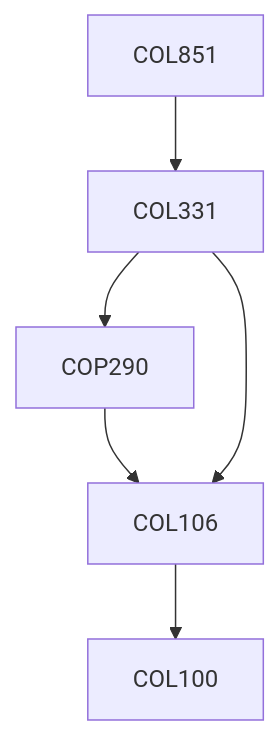
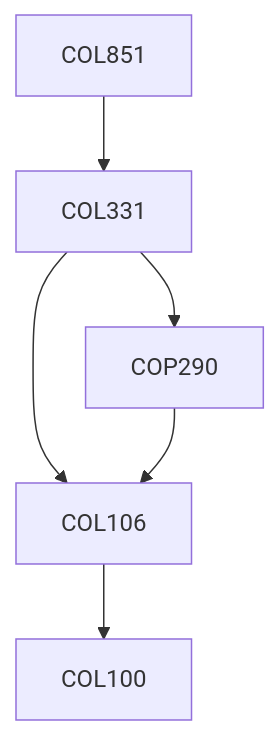
Before and after one commit to KeshavBansal0122/CoS_Website: the diagram in content/Computer Science and Engineering/COL851.md, drawn with Mermaid. The commit also changed other lines of this file and 392 other files, not shown here.

````diff
--- a/content/Computer Science and Engineering/COL851.md
+++ b/content/Computer Science and Engineering/COL851.md
@@ -13,12 +13,12 @@
 ```mermaid
 flowchart TD
 COL851-240[COL851]
+COL851-240 --> COL331-240[COL331]
+COL331-240 --> COP290-240[COP290]
+COL331-240 --> COL106-240[COL106]
 COL106-240 --> COL100-240[COL100]
-COL331-240 --> COP290-240[COP290]
-COL851-240 --> COL331-240[COL331]
 COP290-240 --> COL106-240[COL106]
-COL331-240 --> COL106-240[COL106]
 
 classDef empty height:17px, fill:transparent, stroke:transparent;
 classDef trueEmpty height:0px, width:0px;
 ```
````
